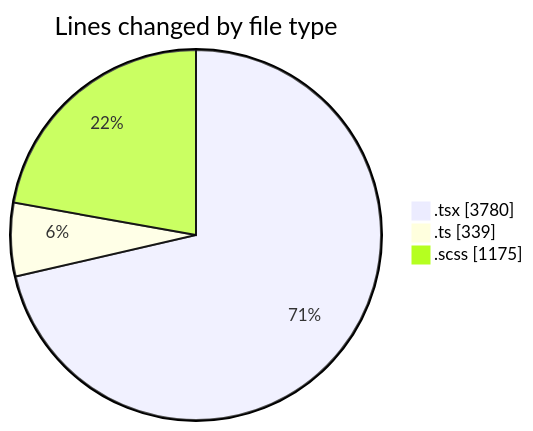
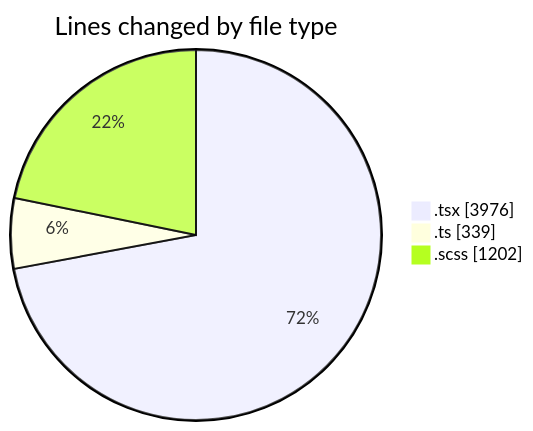
The first of 2 diagrams in 2025-07-08/cda/README.md (momahboobian/code-tracking), drawn with Mermaid before and after one commit. The commit also changed other lines of this file and 1 other file, not shown here.

````diff
--- a/2025-07-08/cda/README.md
+++ b/2025-07-08/cda/README.md
@@ -47,7 +47,7 @@
 ```mermaid
 pie showData
 title Lines changed by file type
-".tsx" : 3780
+".tsx" : 3976
 ".ts" : 339
-".scss" : 1175
+".scss" : 1202
 ```
````
